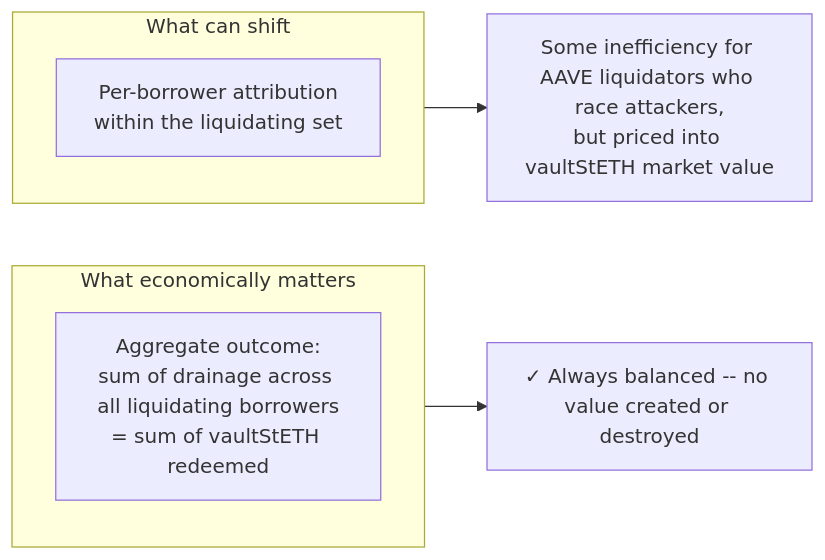
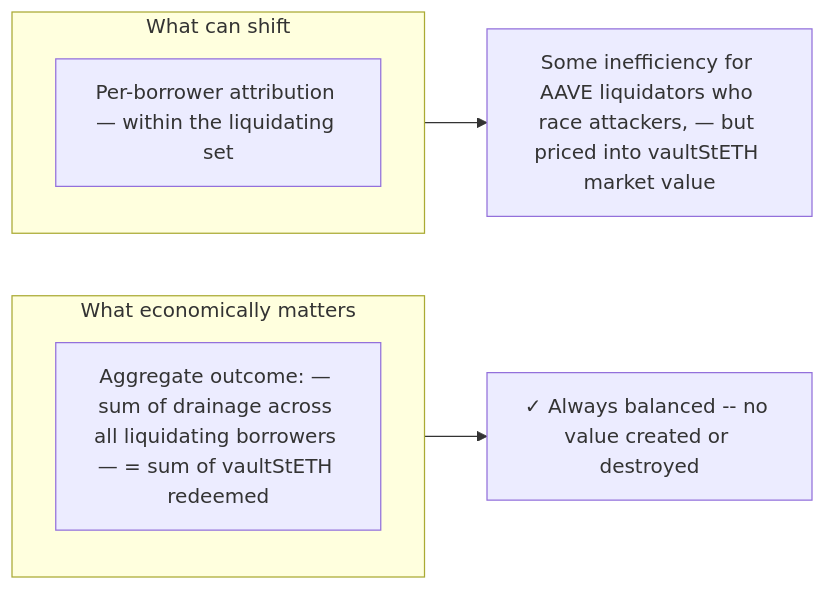
The third of 6 diagrams in docs/Liquidation-guarantees.md (sanbir/vault-steth-adapter), drawn with Mermaid before and after one commit. The commit also changed other lines of this file and 1 other file, not shown here.

First line of the commit message:
docs: fix Mermaid <br/> rendering errors in Architecture.md and Liquidation-guarantees.md

````diff
--- a/docs/Liquidation-guarantees.md
+++ b/docs/Liquidation-guarantees.md
@@ -109,11 +109,11 @@
 ```mermaid
 flowchart LR
     subgraph WhatMatters["What economically matters"]
-        Outcome["Aggregate outcome:<br/>sum of drainage across all liquidating borrowers<br/>= sum of vaultStETH redeemed"]
+        Outcome["Aggregate outcome: — sum of drainage across all liquidating borrowers — = sum of vaultStETH redeemed"]
     end
     subgraph WhatShifts["What can shift"]
-        Attribution["Per-borrower attribution<br/>within the liquidating set"]
+        Attribution["Per-borrower attribution — within the liquidating set"]
     end
     WhatMatters --> Acceptable["✓ Always balanced -- no value created or destroyed"]
-    WhatShifts --> Subtle["Some inefficiency for AAVE liquidators who race attackers,<br/>but priced into vaultStETH market value"]
+    WhatShifts --> Subtle["Some inefficiency for AAVE liquidators who race attackers, — but priced into vaultStETH market value"]
 ```
````
